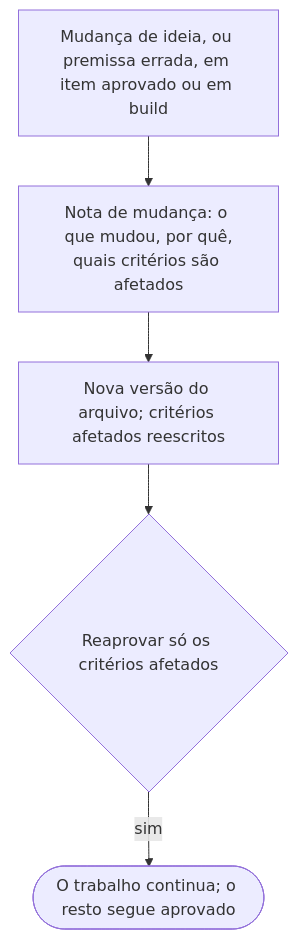
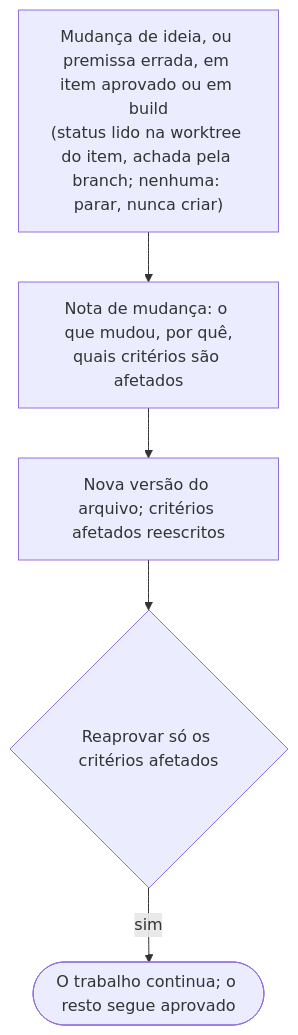
Before and after one commit to alexcanario/simulab: diagram 11 of 20 in docs/agile/workflow.pt-BR.md, drawn with Mermaid. The commit also changed other lines of this file and 11 other files, not shown here.

````diff
--- a/docs/agile/workflow.pt-BR.md
+++ b/docs/agile/workflow.pt-BR.md
@@ -2623,7 +2778,7 @@
 ```mermaid
 flowchart TD
-    A["Mudança de ideia, ou premissa errada, em item aprovado ou em build"] --> B["Nota de mudança: o que mudou, por quê,<br/>quais critérios são afetados"]
+    A["Mudança de ideia, ou premissa errada, em item aprovado ou em build<br/>(status lido na worktree do item, achada pela branch; nenhuma: parar, nunca criar)"] --> B["Nota de mudança: o que mudou, por quê,<br/>quais critérios são afetados"]
     B --> C["Nova versão do arquivo; critérios afetados reescritos"]
     C --> D{"Reaprovar só os critérios afetados"}
     D -->|sim| E(["O trabalho continua; o resto segue aprovado"])
 ```
````
